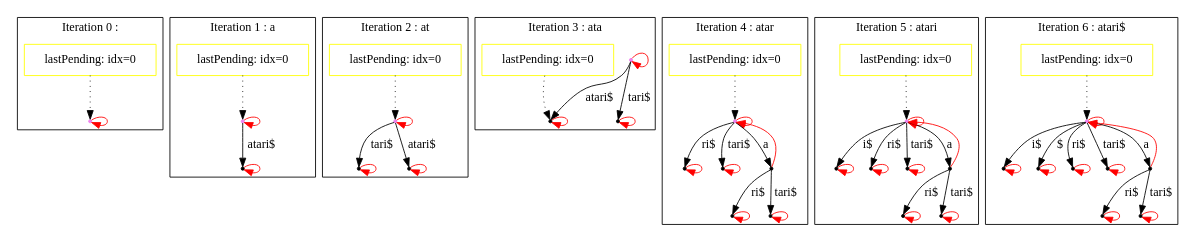
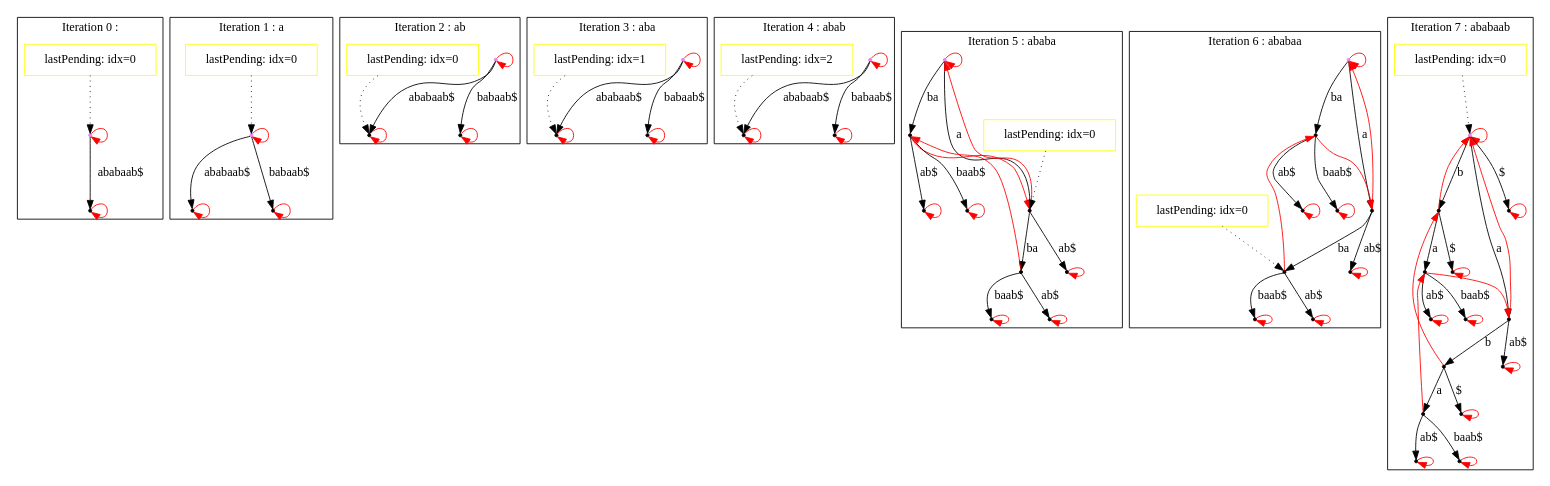
One commit to Shishqa/3sem_algorithms changed the diagram in contests/04_Strings-Hard/SuffTree-dump.dot. Above: the diagram before and after it, drawn with Graphviz. The commit also changed 6 other files, not shown here.

```diff
--- a/contests/04_Strings-Hard/SuffTree-dump.dot
+++ b/contests/04_Strings-Hard/SuffTree-dump.dot
@@ -1,127 +1,180 @@
 digraph SuffixTree {
 subgraph cluster_0 {
 	graph [color=black; label="Iteration 0 : "];
 	node [shape=point];
 	"node00x607000000020" [color=violet, label=""];
 	"node00x607000000020" -> "node00x607000000020" [color=red];
+	"node00x607000000020" -> "node00x607000000090" [label="ababaab$"];
+	"node00x607000000090" [color=black, label=""];
+	"node00x607000000090" -> "node00x607000000090" [color=red];
 	"lastPending0" [shape=box,color=yellow,label="lastPending: idx=0"];
 	"lastPending0" -> "node00x607000000020" [style=dotted];
 }
 subgraph cluster_1 {
 	graph [color=black; label="Iteration 1 : a"];
 	node [shape=point];
 	"node10x607000000020" [color=violet, label=""];
 	"node10x607000000020" -> "node10x607000000020" [color=red];
-	"node10x607000000020" -> "node10x607000000090" [label="atari$"];
+	"node10x607000000020" -> "node10x607000000100" [label="babaab$"];
+	"node10x607000000020" -> "node10x607000000090" [label="ababaab$"];
+	"node10x607000000100" [color=black, label=""];
+	"node10x607000000100" -> "node10x607000000100" [color=red];
 	"node10x607000000090" [color=black, label=""];
 	"node10x607000000090" -> "node10x607000000090" [color=red];
 	"lastPending1" [shape=box,color=yellow,label="lastPending: idx=0"];
 	"lastPending1" -> "node10x607000000020" [style=dotted];
 }
 subgraph cluster_2 {
-	graph [color=black; label="Iteration 2 : at"];
+	graph [color=black; label="Iteration 2 : ab"];
 	node [shape=point];
 	"node20x607000000020" [color=violet, label=""];
 	"node20x607000000020" -> "node20x607000000020" [color=red];
-	"node20x607000000020" -> "node20x607000000100" [label="tari$"];
-	"node20x607000000020" -> "node20x607000000090" [label="atari$"];
+	"node20x607000000020" -> "node20x607000000100" [label="babaab$"];
+	"node20x607000000020" -> "node20x607000000090" [label="ababaab$"];
 	"node20x607000000100" [color=black, label=""];
 	"node20x607000000100" -> "node20x607000000100" [color=red];
 	"node20x607000000090" [color=black, label=""];
 	"node20x607000000090" -> "node20x607000000090" [color=red];
 	"lastPending2" [shape=box,color=yellow,label="lastPending: idx=0"];
-	"lastPending2" -> "node20x607000000020" [style=dotted];
+	"lastPending2" -> "node20x607000000090" [style=dotted];
 }
 subgraph cluster_3 {
-	graph [color=black; label="Iteration 3 : ata"];
+	graph [color=black; label="Iteration 3 : aba"];
 	node [shape=point];
 	"node30x607000000020" [color=violet, label=""];
 	"node30x607000000020" -> "node30x607000000020" [color=red];
-	"node30x607000000020" -> "node30x607000000100" [label="tari$"];
-	"node30x607000000020" -> "node30x607000000090" [label="atari$"];
+	"node30x607000000020" -> "node30x607000000100" [label="babaab$"];
+	"node30x607000000020" -> "node30x607000000090" [label="ababaab$"];
 	"node30x607000000100" [color=black, label=""];
 	"node30x607000000100" -> "node30x607000000100" [color=red];
 	"node30x607000000090" [color=black, label=""];
 	"node30x607000000090" -> "node30x607000000090" [color=red];
-	"lastPending3" [shape=box,color=yellow,label="lastPending: idx=0"];
+	"lastPending3" [shape=box,color=yellow,label="lastPending: idx=1"];
 	"lastPending3" -> "node30x607000000090" [style=dotted];
 }
 subgraph cluster_4 {
-	graph [color=black; label="Iteration 4 : atar"];
+	graph [color=black; label="Iteration 4 : abab"];
 	node [shape=point];
 	"node40x607000000020" [color=violet, label=""];
 	"node40x607000000020" -> "node40x607000000020" [color=red];
-	"node40x607000000020" -> "node40x607000000250" [label="ri$"];
-	"node40x607000000020" -> "node40x607000000100" [label="tari$"];
-	"node40x607000000020" -> "node40x607000000170" [label="a"];
-	"node40x607000000250" [color=black, label=""];
-	"node40x607000000250" -> "node40x607000000250" [color=red];
+	"node40x607000000020" -> "node40x607000000100" [label="babaab$"];
+	"node40x607000000020" -> "node40x607000000090" [label="ababaab$"];
 	"node40x607000000100" [color=black, label=""];
 	"node40x607000000100" -> "node40x607000000100" [color=red];
-	"node40x607000000170" [color=black, label=""];
-	"node40x607000000170" -> "node40x607000000020" [color=red];
-	"node40x607000000170" -> "node40x6070000001e0" [label="ri$"];
-	"node40x607000000170" -> "node40x607000000090" [label="tari$"];
-	"node40x6070000001e0" [color=black, label=""];
-	"node40x6070000001e0" -> "node40x6070000001e0" [color=red];
 	"node40x607000000090" [color=black, label=""];
 	"node40x607000000090" -> "node40x607000000090" [color=red];
-	"lastPending4" [shape=box,color=yellow,label="lastPending: idx=0"];
-	"lastPending4" -> "node40x607000000020" [style=dotted];
+	"lastPending4" [shape=box,color=yellow,label="lastPending: idx=2"];
+	"lastPending4" -> "node40x607000000090" [style=dotted];
 }
 subgraph cluster_5 {
-	graph [color=black; label="Iteration 5 : atari"];
+	graph [color=black; label="Iteration 5 : ababa"];
 	node [shape=point];
 	"node50x607000000020" [color=violet, label=""];
 	"node50x607000000020" -> "node50x607000000020" [color=red];
-	"node50x607000000020" -> "node50x6070000002c0" [label="i$"];
-	"node50x607000000020" -> "node50x607000000250" [label="ri$"];
-	"node50x607000000020" -> "node50x607000000100" [label="tari$"];
-	"node50x607000000020" -> "node50x607000000170" [label="a"];
+	"node50x607000000020" -> "node50x6070000002c0" [label="ba"];
+	"node50x607000000020" -> "node50x6070000003a0" [label="a"];
 	"node50x6070000002c0" [color=black, label=""];
-	"node50x6070000002c0" -> "node50x6070000002c0" [color=red];
+	"node50x6070000002c0" -> "node50x6070000003a0" [color=red];
+	"node50x6070000002c0" -> "node50x607000000250" [label="ab$"];
+	"node50x6070000002c0" -> "node50x607000000100" [label="baab$"];
+	"node50x6070000003a0" [color=black, label=""];
+	"node50x6070000003a0" -> "node50x607000000020" [color=red];
+	"node50x6070000003a0" -> "node50x607000000330" [label="ab$"];
+	"node50x6070000003a0" -> "node50x6070000001e0" [label="ba"];
 	"node50x607000000250" [color=black, label=""];
 	"node50x607000000250" -> "node50x607000000250" [color=red];
 	"node50x607000000100" [color=black, label=""];
 	"node50x607000000100" -> "node50x607000000100" [color=red];
+	"node50x607000000330" [color=black, label=""];
+	"node50x607000000330" -> "node50x607000000330" [color=red];
+	"node50x6070000001e0" [color=black, label=""];
+	"node50x6070000001e0" -> "node50x6070000002c0" [color=red];
+	"node50x6070000001e0" -> "node50x607000000170" [label="ab$"];
+	"node50x6070000001e0" -> "node50x607000000090" [label="baab$"];
 	"node50x607000000170" [color=black, label=""];
-	"node50x607000000170" -> "node50x607000000020" [color=red];
-	"node50x607000000170" -> "node50x6070000001e0" [label="ri$"];
-	"node50x607000000170" -> "node50x607000000090" [label="tari$"];
-	"node50x6070000001e0" [color=black, label=""];
-	"node50x6070000001e0" -> "node50x6070000001e0" [color=red];
+	"node50x607000000170" -> "node50x607000000170" [color=red];
 	"node50x607000000090" [color=black, label=""];
 	"node50x607000000090" -> "node50x607000000090" [color=red];
 	"lastPending5" [shape=box,color=yellow,label="lastPending: idx=0"];
-	"lastPending5" -> "node50x607000000020" [style=dotted];
+	"lastPending5" -> "node50x6070000003a0" [style=dotted];
 }
 subgraph cluster_6 {
-	graph [color=black; label="Iteration 6 : atari$"];
+	graph [color=black; label="Iteration 6 : ababaa"];
 	node [shape=point];
 	"node60x607000000020" [color=violet, label=""];
 	"node60x607000000020" -> "node60x607000000020" [color=red];
-	"node60x607000000020" -> "node60x6070000002c0" [label="i$"];
-	"node60x607000000020" -> "node60x607000000330" [label="$"];
-	"node60x607000000020" -> "node60x607000000250" [label="ri$"];
-	"node60x607000000020" -> "node60x607000000100" [label="tari$"];
-	"node60x607000000020" -> "node60x607000000170" [label="a"];
+	"node60x607000000020" -> "node60x6070000002c0" [label="ba"];
+	"node60x607000000020" -> "node60x6070000003a0" [label="a"];
 	"node60x6070000002c0" [color=black, label=""];
-	"node60x6070000002c0" -> "node60x6070000002c0" [color=red];
-	"node60x607000000330" [color=black, label=""];
-	"node60x607000000330" -> "node60x607000000330" [color=red];
+	"node60x6070000002c0" -> "node60x6070000003a0" [color=red];
+	"node60x6070000002c0" -> "node60x607000000250" [label="ab$"];
+	"node60x6070000002c0" -> "node60x607000000100" [label="baab$"];
+	"node60x6070000003a0" [color=black, label=""];
+	"node60x6070000003a0" -> "node60x607000000020" [color=red];
+	"node60x6070000003a0" -> "node60x607000000330" [label="ab$"];
+	"node60x6070000003a0" -> "node60x6070000001e0" [label="ba"];
 	"node60x607000000250" [color=black, label=""];
 	"node60x607000000250" -> "node60x607000000250" [color=red];
 	"node60x607000000100" [color=black, label=""];
 	"node60x607000000100" -> "node60x607000000100" [color=red];
+	"node60x607000000330" [color=black, label=""];
+	"node60x607000000330" -> "node60x607000000330" [color=red];
+	"node60x6070000001e0" [color=black, label=""];
+	"node60x6070000001e0" -> "node60x6070000002c0" [color=red];
+	"node60x6070000001e0" -> "node60x607000000170" [label="ab$"];
+	"node60x6070000001e0" -> "node60x607000000090" [label="baab$"];
 	"node60x607000000170" [color=black, label=""];
-	"node60x607000000170" -> "node60x607000000020" [color=red];
-	"node60x607000000170" -> "node60x6070000001e0" [label="ri$"];
-	"node60x607000000170" -> "node60x607000000090" [label="tari$"];
-	"node60x6070000001e0" [color=black, label=""];
-	"node60x6070000001e0" -> "node60x6070000001e0" [color=red];
+	"node60x607000000170" -> "node60x607000000170" [color=red];
 	"node60x607000000090" [color=black, label=""];
 	"node60x607000000090" -> "node60x607000000090" [color=red];
 	"lastPending6" [shape=box,color=yellow,label="lastPending: idx=0"];
-	"lastPending6" -> "node60x607000000020" [style=dotted];
+	"lastPending6" -> "node60x6070000001e0" [style=dotted];
+}
+subgraph cluster_7 {
+	graph [color=black; label="Iteration 7 : ababaab"];
+	node [shape=point];
+	"node70x607000000020" [color=violet, label=""];
+	"node70x607000000020" -> "node70x607000000020" [color=red];
+	"node70x607000000020" -> "node70x6070000005d0" [label="$"];
+	"node70x607000000020" -> "node70x607000000560" [label="b"];
+	"node70x607000000020" -> "node70x6070000003a0" [label="a"];
+	"node70x6070000005d0" [color=black, label=""];
+	"node70x6070000005d0" -> "node70x6070000005d0" [color=red];
+	"node70x607000000560" [color=black, label=""];
+	"node70x607000000560" -> "node70x607000000020" [color=red];
+	"node70x607000000560" -> "node70x6070000004f0" [label="$"];
+	"node70x607000000560" -> "node70x6070000002c0" [label="a"];
+	"node70x6070000003a0" [color=black, label=""];
+	"node70x6070000003a0" -> "node70x607000000020" [color=red];
+	"node70x6070000003a0" -> "node70x607000000330" [label="ab$"];
+	"node70x6070000003a0" -> "node70x607000000480" [label="b"];
+	"node70x6070000004f0" [color=black, label=""];
+	"node70x6070000004f0" -> "node70x6070000004f0" [color=red];
+	"node70x6070000002c0" [color=black, label=""];
+	"node70x6070000002c0" -> "node70x6070000003a0" [color=red];
+	"node70x6070000002c0" -> "node70x607000000250" [label="ab$"];
+	"node70x6070000002c0" -> "node70x607000000100" [label="baab$"];
+	"node70x607000000330" [color=black, label=""];
+	"node70x607000000330" -> "node70x607000000330" [color=red];
+	"node70x607000000480" [color=black, label=""];
+	"node70x607000000480" -> "node70x607000000560" [color=red];
+	"node70x607000000480" -> "node70x607000000410" [label="$"];
+	"node70x607000000480" -> "node70x6070000001e0" [label="a"];
+	"node70x607000000250" [color=black, label=""];
+	"node70x607000000250" -> "node70x607000000250" [color=red];
+	"node70x607000000100" [color=black, label=""];
+	"node70x607000000100" -> "node70x607000000100" [color=red];
+	"node70x607000000410" [color=black, label=""];
+	"node70x607000000410" -> "node70x607000000410" [color=red];
+	"node70x6070000001e0" [color=black, label=""];
+	"node70x6070000001e0" -> "node70x6070000002c0" [color=red];
+	"node70x6070000001e0" -> "node70x607000000170" [label="ab$"];
+	"node70x6070000001e0" -> "node70x607000000090" [label="baab$"];
+	"node70x607000000170" [color=black, label=""];
+	"node70x607000000170" -> "node70x607000000170" [color=red];
+	"node70x607000000090" [color=black, label=""];
+	"node70x607000000090" -> "node70x607000000090" [color=red];
+	"lastPending7" [shape=box,color=yellow,label="lastPending: idx=0"];
+	"lastPending7" -> "node70x607000000020" [style=dotted];
 }
 }
```
